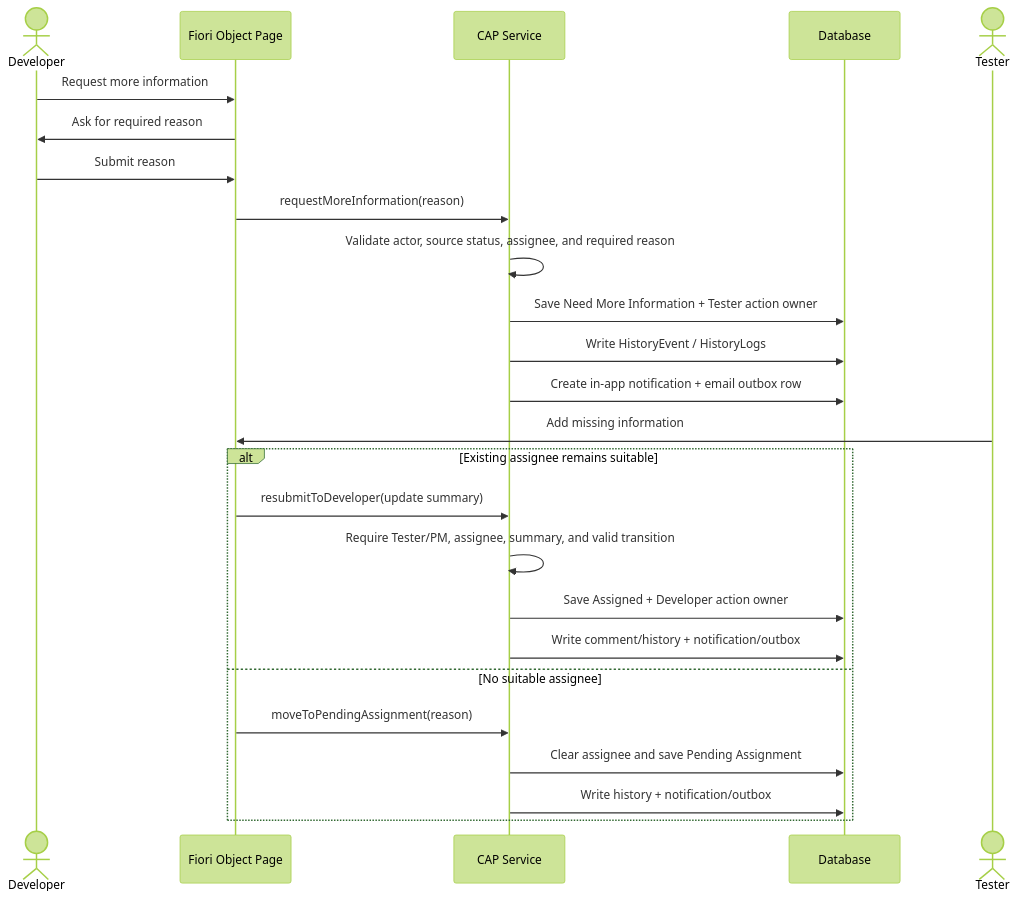
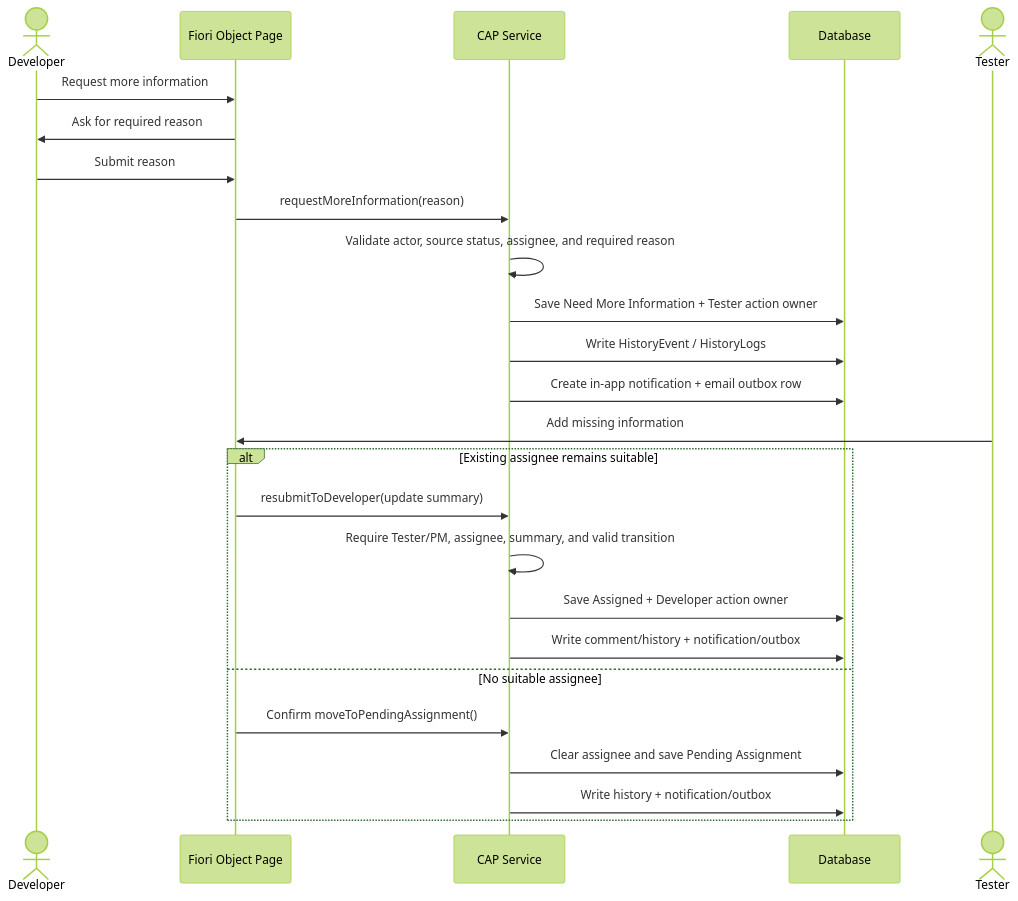
The sixth of 8 diagrams in docs/diagrams/08-frs-functional-workflows.md (DarwinDO/IDTS-SAP01), drawn with Mermaid (forest theme) before and after one commit. The commit also changed 32 other files, not shown here.

````diff
--- a/docs/diagrams/08-frs-functional-workflows.md
+++ b/docs/diagrams/08-frs-functional-workflows.md
@@ -151,28 +151,28 @@
 ```mermaid
 sequenceDiagram
     actor Dev as Developer
     participant UI as Fiori Object Page
     participant CAP as CAP Service
     participant DB as Database
     actor Tester as Tester
 
     Dev->>UI: Request more information
     UI->>Dev: Ask for required reason
     Dev->>UI: Submit reason
     UI->>CAP: requestMoreInformation(reason)
     CAP->>CAP: Validate actor, source status, assignee, and required reason
     CAP->>DB: Save Need More Information + Tester action owner
     CAP->>DB: Write HistoryEvent / HistoryLogs
     CAP->>DB: Create in-app notification + email outbox row
     Tester->>UI: Add missing information
     alt Existing assignee remains suitable
         UI->>CAP: resubmitToDeveloper(update summary)
         CAP->>CAP: Require Tester/PM, assignee, summary, and valid transition
         CAP->>DB: Save Assigned + Developer action owner
         CAP->>DB: Write comment/history + notification/outbox
     else No suitable assignee
-        UI->>CAP: moveToPendingAssignment(reason)
+        UI->>CAP: Confirm moveToPendingAssignment()
         CAP->>DB: Clear assignee and save Pending Assignment
         CAP->>DB: Write history + notification/outbox
     end
 ```
````
